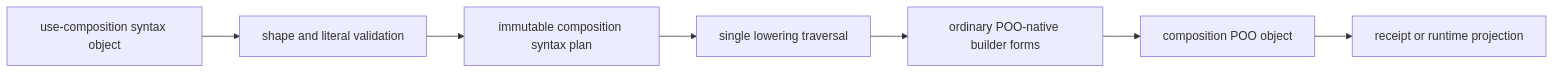
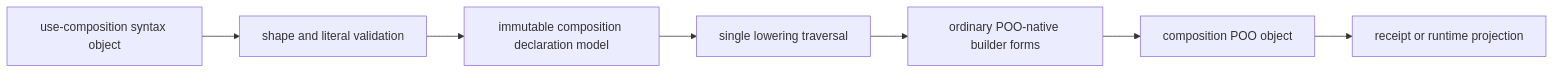
Before and after one commit to tao3k/poo-flow: the diagram in docs/10-19-design/10.06-poo-module-system/88-phase-aware-composition-macro-architecture.org, drawn with Mermaid. The commit also changed other lines of this file and 2533 other files, not shown here.

```diff
--- a/docs/10-19-design/10.06-poo-module-system/88-phase-aware-composition-macro-architecture.org
+++ b/docs/10-19-design/10.06-poo-module-system/88-phase-aware-composition-macro-architecture.org
@@ -76,9 +80,9 @@
 #+begin_src mermaid
 flowchart LR
   A["use-composition syntax object"] --> B["shape and literal validation"]
-  B --> C["immutable composition syntax plan"]
+  B --> C["immutable composition declaration model"]
   C --> D["single lowering traversal"]
   D --> E["ordinary POO-native builder forms"]
   E --> F["composition POO object"]
   F --> G["receipt or runtime projection"]
 #+end_src
```
